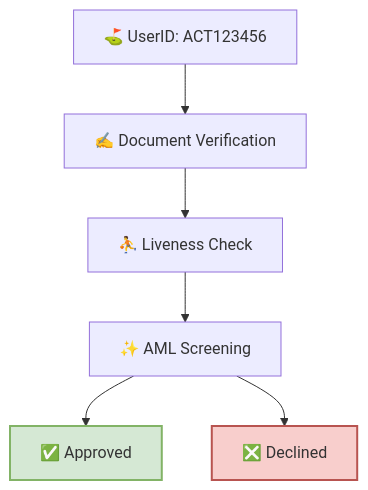
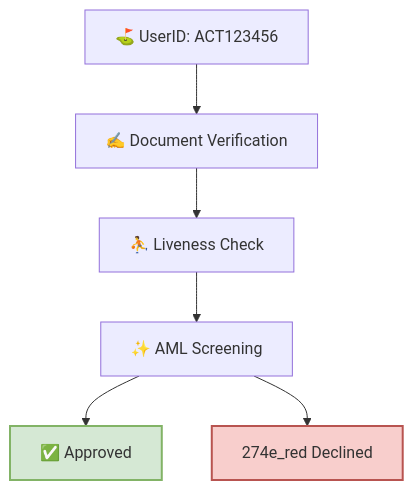
Before and after one commit to Fantastic-Devs/Mintlify: the diagram in id/id.mdx, drawn with Mermaid.

````diff
--- a/id/id.mdx
+++ b/id/id.mdx
@@ -17,18 +17,18 @@
 ```mermaid
 
 graph TB;
     A["⛳  UserID: ACT123456"];
     B["✍ Document Verification"];
     C["⛹ Liveness Check"];
     D["✨ AML Screening"];
     E["✅ Approved"];
-    F["❎ Declined"];
+    F["274e_red Declined"];
     A--> B;
     B--> C;
     C--> D;
     D--> E & F;
 
 style E fill:#d5e8d4,stroke:#82b366,stroke-width:2px
 style F fill:#f8cecc,stroke:#b85450,stroke-width:2px
 
 ```
````
